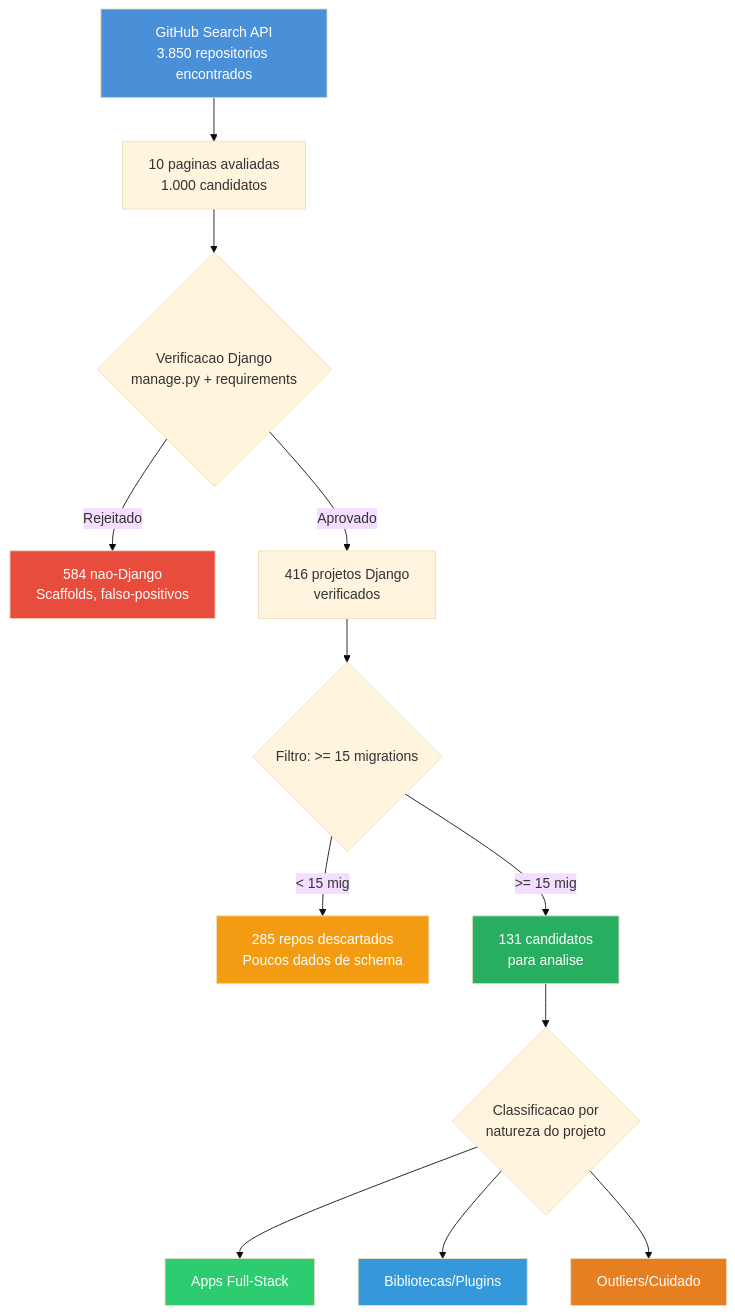
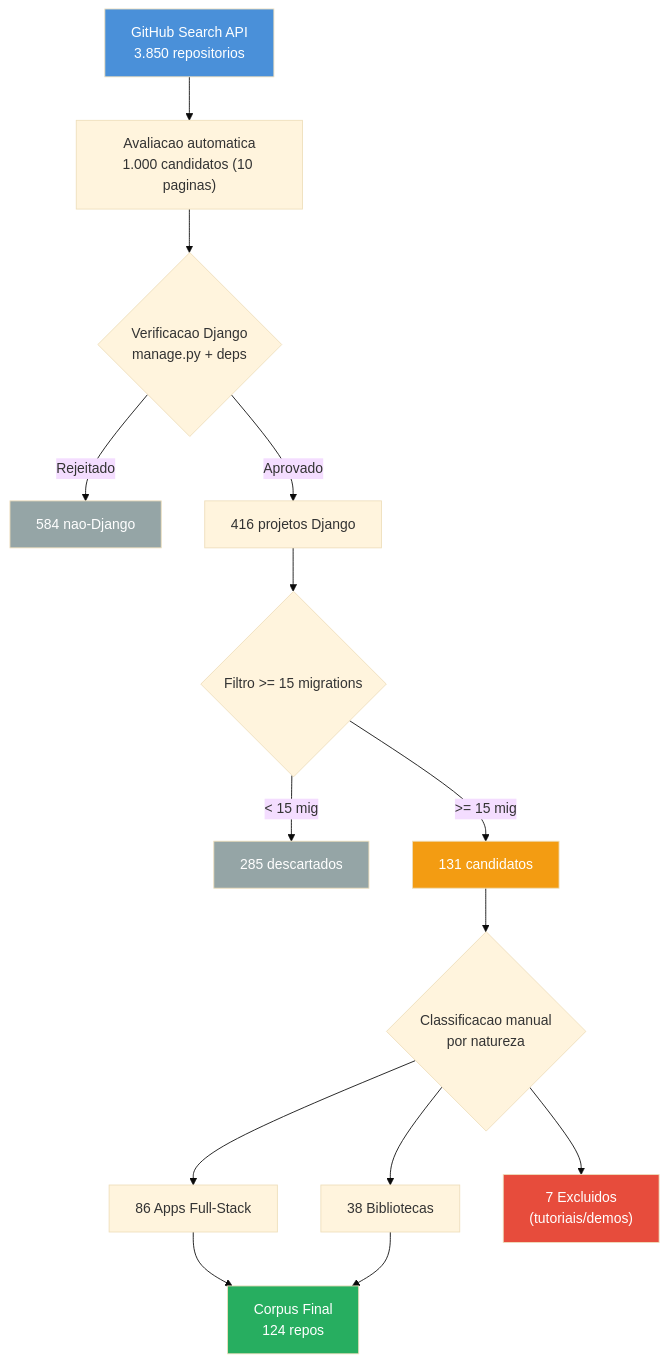
The first of 7 diagrams in docs/06-selecao-corpus.md (gabrielrochass/tcc-schema-code-evolution), drawn with Mermaid (base theme) before and after one commit. The commit also changed other lines of this file, not shown here.

First line of the commit message:
docs: complete corpus selection with classification

````diff
--- a/docs/06-selecao-corpus.md
+++ b/docs/06-selecao-corpus.md
@@ -12,22 +9,23 @@
 ```mermaid
 flowchart TD
-    A["GitHub Search API\n3.850 repositorios encontrados"] --> B["10 paginas avaliadas\n1.000 candidatos"]
-    B --> C{"Verificacao Django\nmanage.py + requirements"}
-    C -->|Rejeitado| D["584 nao-Django\nScaffolds, falso-positivos"]
-    C -->|Aprovado| E["416 projetos Django\nverificados"]
-    E --> F{"Filtro: >= 15 migrations"}
-    F -->|"< 15 mig"| G["285 repos descartados\nPoucos dados de schema"]
-    F -->|">= 15 mig"| H["131 candidatos\npara analise"]
-    H --> I{"Classificacao por\nnatureza do projeto"}
-    I --> J["Apps Full-Stack"]
-    I --> K["Bibliotecas/Plugins"]
-    I --> L["Outliers/Cuidado"]
+    A["GitHub Search API\n3.850 repositorios"] --> B["Avaliacao automatica\n1.000 candidatos (10 paginas)"]
+    B --> C{"Verificacao Django\nmanage.py + deps"}
+    C -->|Rejeitado| D["584 nao-Django"]
+    C -->|Aprovado| E["416 projetos Django"]
+    E --> F{"Filtro >= 15 migrations"}
+    F -->|"< 15 mig"| G["285 descartados"]
+    F -->|">= 15 mig"| H["131 candidatos"]
+    H --> I{"Classificacao manual\npor natureza"}
+    I --> J["86 Apps Full-Stack"]
+    I --> K["38 Bibliotecas"]
+    I --> L["7 Excluidos\n(tutoriais/demos)"]
+    J --> M["Corpus Final\n124 repos"]
+    K --> M
 
     style A fill:#4a90d9,color:#fff
-    style H fill:#27ae60,color:#fff
-    style D fill:#e74c3c,color:#fff
-    style G fill:#f39c12,color:#fff
-    style J fill:#2ecc71,color:#fff
-    style K fill:#3498db,color:#fff
-    style L fill:#e67e22,color:#fff
+    style H fill:#f39c12,color:#fff
+    style M fill:#27ae60,color:#fff
+    style D fill:#95a5a6,color:#fff
+    style G fill:#95a5a6,color:#fff
+    style L fill:#e74c3c,color:#fff
 ```
````
